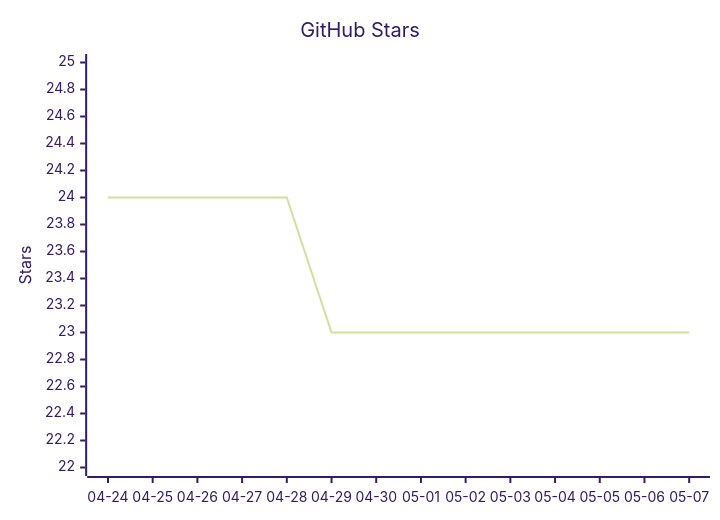
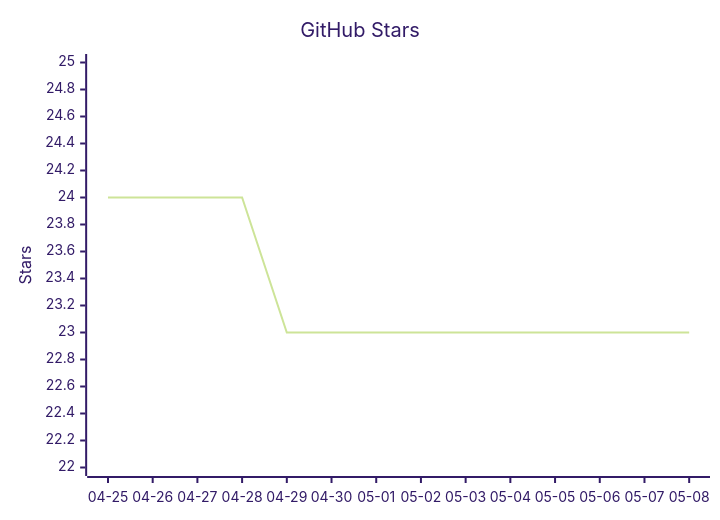
The diagram in README.mbt.md (vectie/moonclaw), drawn with Mermaid (forest theme) before and after one commit. The commit also changed other lines of this file and 1 other file, not shown here.

Commit message:
Update README star growth

````diff
--- a/README.mbt.md
+++ b/README.mbt.md
@@ -489,7 +489,7 @@
 ```mermaid
 xychart-beta
     title "GitHub Stars"
-    x-axis ["04-24","04-25","04-26","04-27","04-28","04-29","04-30","05-01","05-02","05-03","05-04","05-05","05-06","05-07"]
+    x-axis ["04-25","04-26","04-27","04-28","04-29","04-30","05-01","05-02","05-03","05-04","05-05","05-06","05-07","05-08"]
     y-axis "Stars" 22 --> 25
-    line [24,24,24,24,24,23,23,23,23,23,23,23,23,23]
+    line [24,24,24,24,23,23,23,23,23,23,23,23,23,23]
 ```
````
